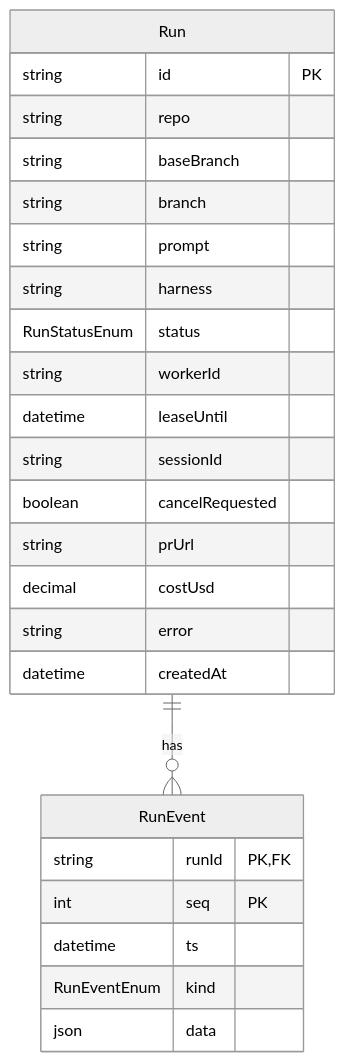
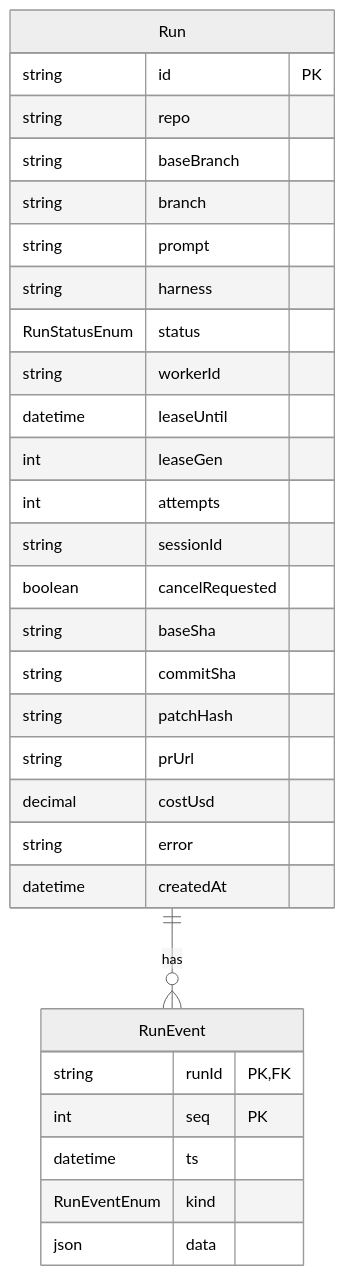
One commit to AymanKhan9/Cloudly changed the fourth of 4 diagrams in ARCHITECTURE.md. Above: the diagram before and after it, drawn with Mermaid (neutral theme). The commit also changed other lines of this file and 3 other files, not shown here.

Commit message:
Fixes applied - Schema changes and codexneeds to be installed on the base image

````diff
--- a/ARCHITECTURE.md
+++ b/ARCHITECTURE.md
@@ -264,28 +323,33 @@
 ```mermaid
 erDiagram
     Run ||--o{ RunEvent : has
     Run {
         string id PK
         string repo
         string baseBranch
         string branch
         string prompt
         string harness
         RunStatusEnum status
         string workerId
         datetime leaseUntil
+        int leaseGen
+        int attempts
         string sessionId
         boolean cancelRequested
+        string baseSha
+        string commitSha
+        string patchHash
         string prUrl
         decimal costUsd
         string error
         datetime createdAt
     }
     RunEvent {
         string runId PK,FK
         int seq PK
         datetime ts
         RunEventEnum kind
         json data
     }
 ```
````
